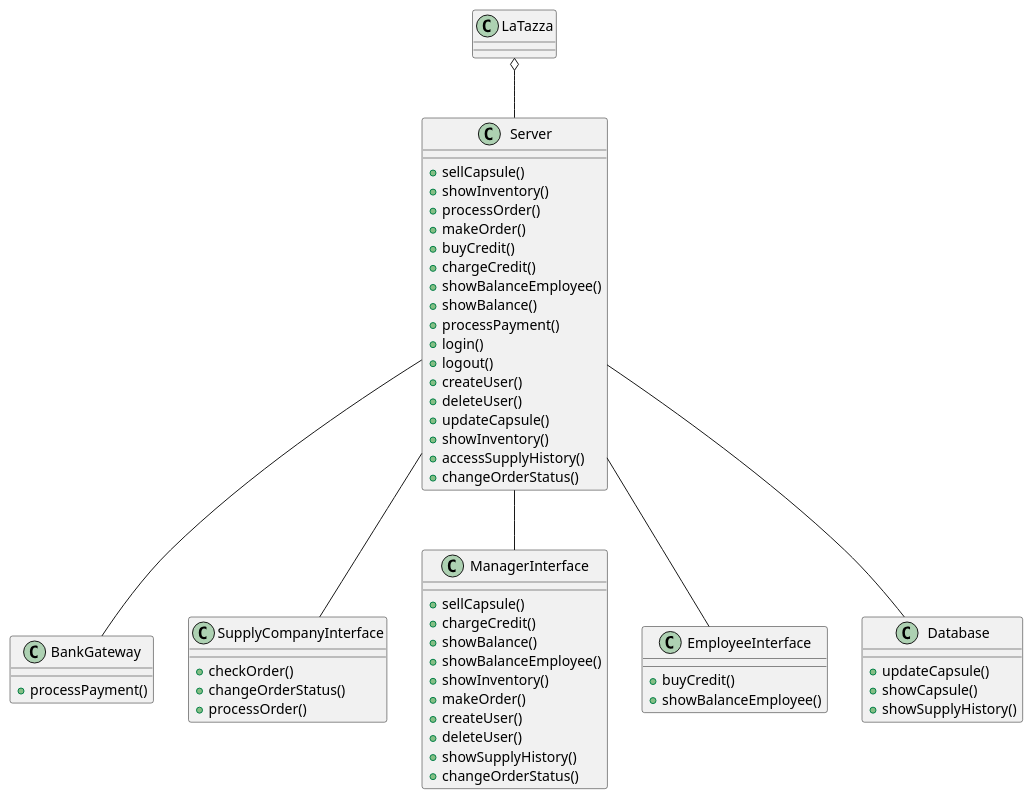
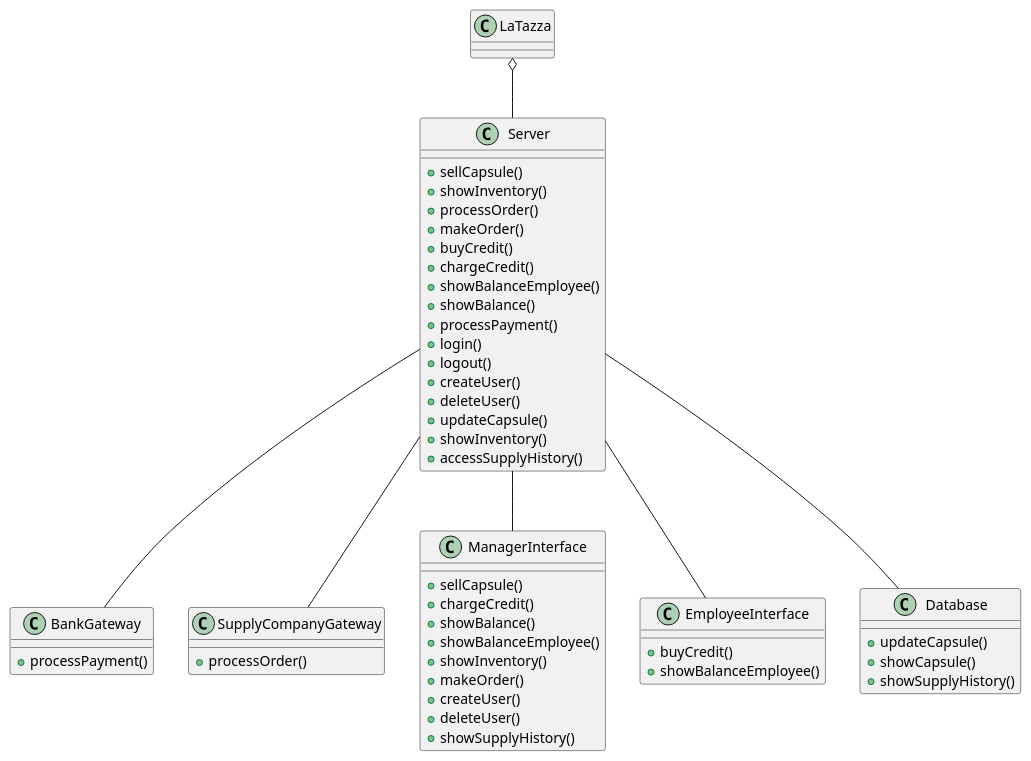
Before and after one commit to roypaulin/laTazza: the fourth of 4 diagrams in Project/Requirements/RequirementDocument.md, drawn with PlantUML. The commit also changed other lines of this file, not shown here.

````diff
--- a/Project/Requirements/RequirementDocument.md
+++ b/Project/Requirements/RequirementDocument.md
@@ -402,72 +398,68 @@
 ```plantuml
 class LaTazza{
 
 }
 
 class Server{
   /' management Capsule '/
   +sellCapsule()
   +showInventory()
   /' SupplyCompany related functions '/
   +processOrder()
   +makeOrder()
   /' management Credit '/
   +buyCredit()
   +chargeCredit()
   +showBalanceEmployee()
   /' LaTazza balance'/
   +showBalance()
   /' BankingSystem related functions '/
   +processPayment()
   +login()
   +logout()
   +createUser()
   +deleteUser()
   +updateCapsule()
   +showInventory()
   +accessSupplyHistory()
-  +changeOrderStatus()
 }
 
 class BankGateway{
   +processPayment()
 }
 
-class SupplyCompanyInterface{
-  +checkOrder()
-  +changeOrderStatus()
+class SupplyCompanyGateway{
   +processOrder()
 }
 
 class ManagerInterface{
   +sellCapsule()
   +chargeCredit()
   +showBalance()
   +showBalanceEmployee()
   +showInventory()
   +makeOrder()
   +createUser()
   +deleteUser()
   +showSupplyHistory()
-  +changeOrderStatus()
 }
 
 class EmployeeInterface{
   +buyCredit()
   +showBalanceEmployee()
 }
 
 class Database{
   +updateCapsule()
   +showCapsule()
   +showSupplyHistory()
 }
 
 
 LaTazza o--  Server
 Server -- BankGateway
 Server -- ManagerInterface
 Server -- EmployeeInterface
-Server -- SupplyCompanyInterface
+Server -- SupplyCompanyGateway
 Server -- Database
 ```
````
